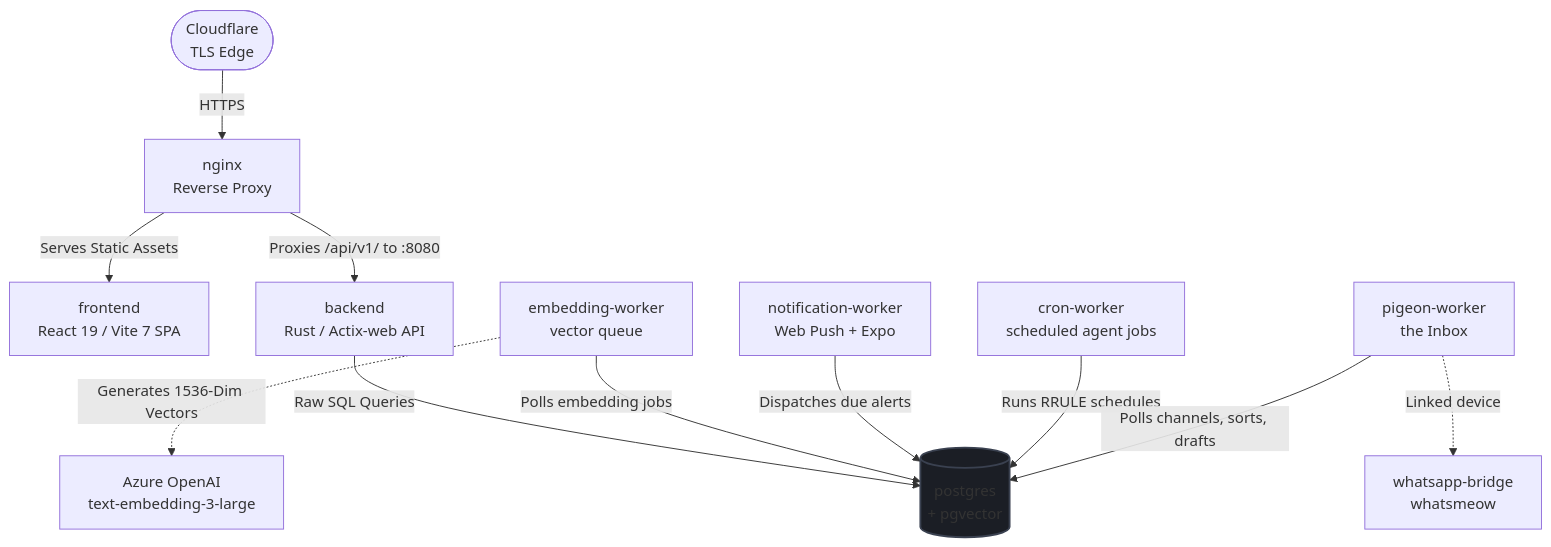
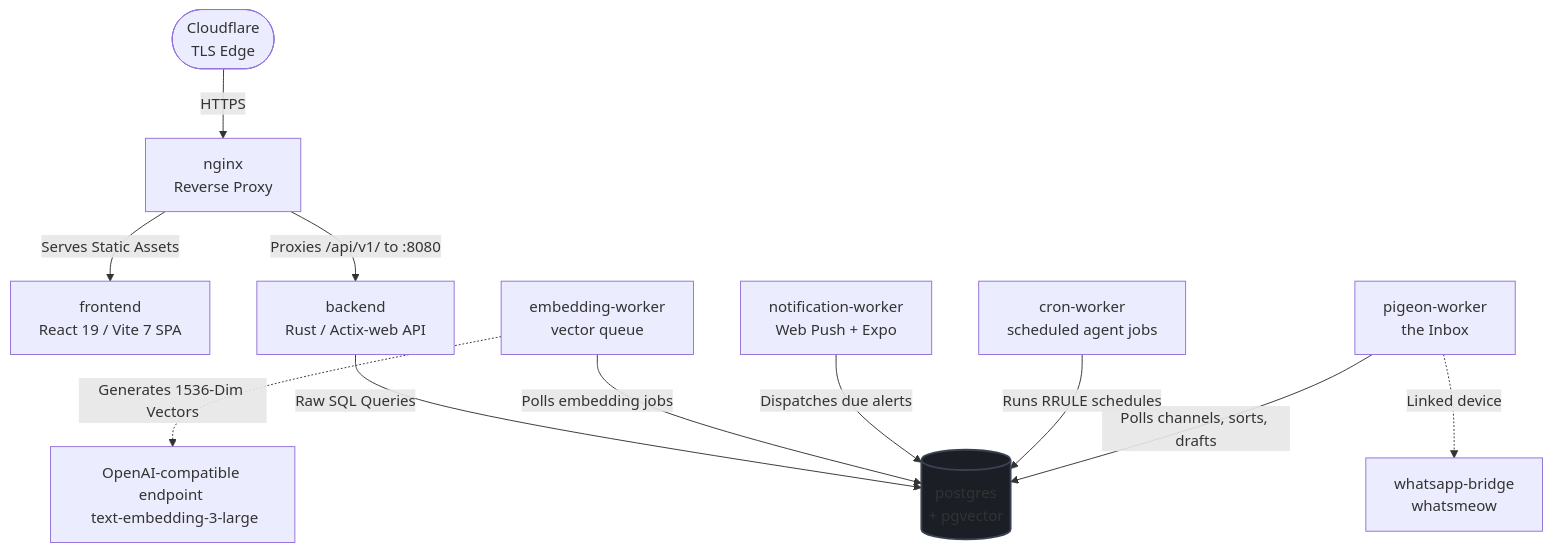
One commit to frdcmp/piuma-vault changed the first of 2 diagrams in README.md. Above: the diagram before and after it, drawn with Mermaid. The commit also changed other lines of this file and 17 other files, not shown here.

````diff
--- a/README.md
+++ b/README.md
@@ -170,20 +170,20 @@
 ```mermaid
 flowchart TD
     CF([Cloudflare <br/> TLS Edge]) -->|HTTPS| Nginx[nginx <br/> Reverse Proxy]
 
     Nginx -->|Serves Static Assets| FE[frontend <br/> React 19 / Vite 7 SPA]
     Nginx -->|Proxies /api/v1/ to :8080| BE[backend <br/> Rust / Actix-web API]
 
     BE -->|Raw SQL Queries| DB[(postgres <br/> + pgvector)]
 
     %% Background workers poll the database for jobs and due alerts
     Worker[embedding-worker <br/> vector queue] -->|Polls embedding jobs| DB
-    Worker -.->|Generates 1536-Dim Vectors| AO[Azure OpenAI <br/> text-embedding-3-large]
+    Worker -.->|Generates 1536-Dim Vectors| AO[OpenAI-compatible endpoint <br/> text-embedding-3-large]
     NW[notification-worker <br/> Web Push + Expo] -->|Dispatches due alerts| DB
     CW[cron-worker <br/> scheduled agent jobs] -->|Runs RRULE schedules| DB
     PW[pigeon-worker <br/> the Inbox] -->|Polls channels, sorts, drafts| DB
     PW -.->|Linked device| WA[whatsapp-bridge <br/> whatsmeow]
 
     classDef store fill:#1b1e25,stroke:#3a4150,stroke-width:2px;
     class DB store;
 ```
````
